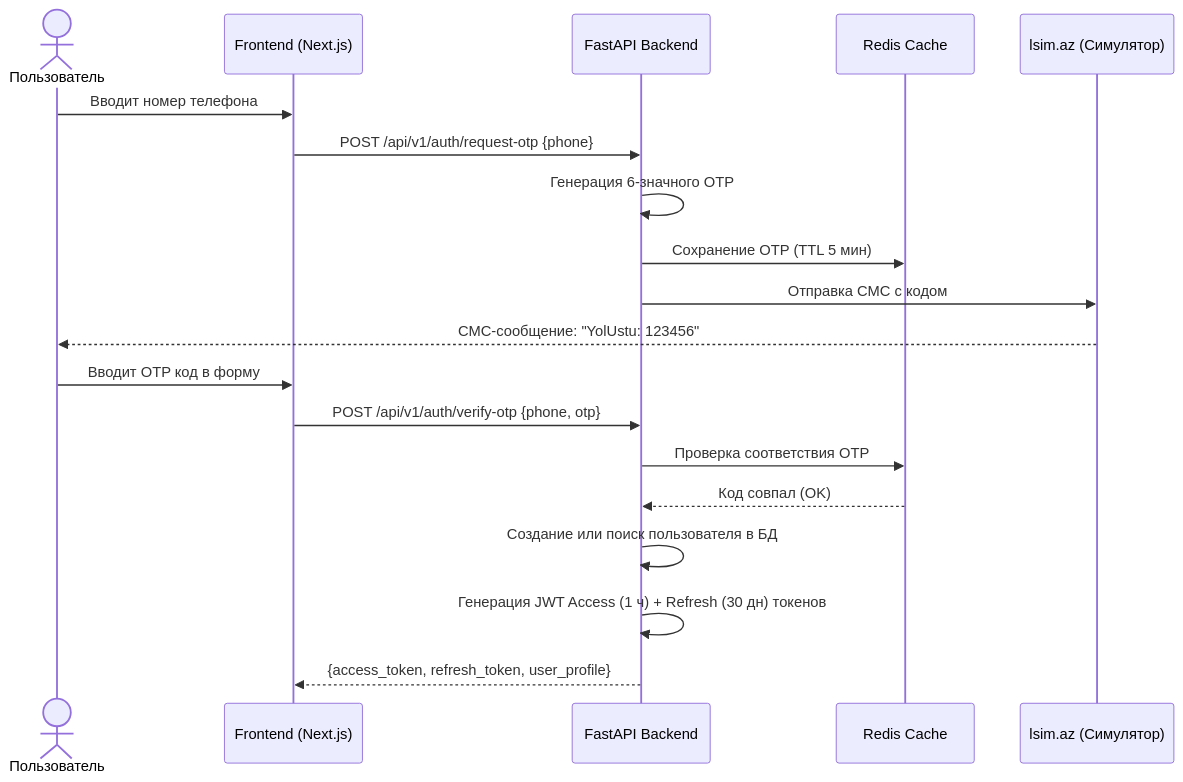
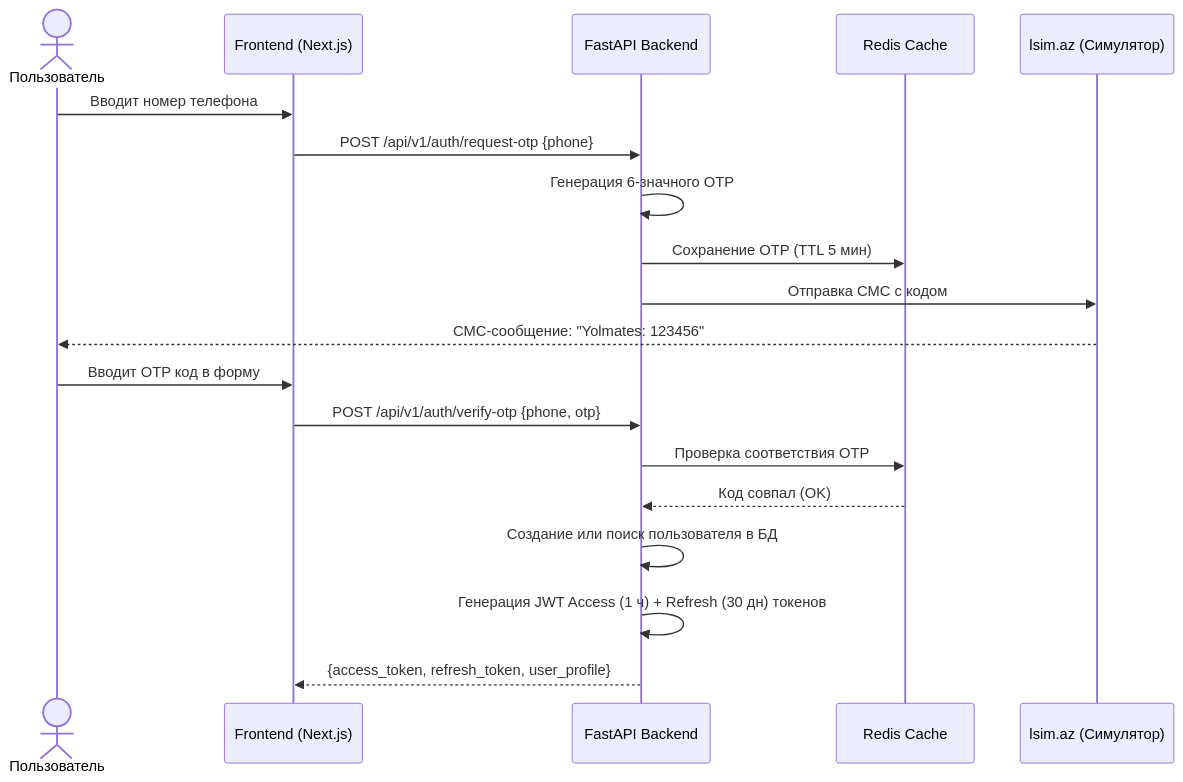
The first of 4 diagrams in yolustu_architecture.md (JosephIsrafilov/yolustu), drawn with Mermaid before and after one commit. The commit also changed other lines of this file and 33 other files, not shown here.

````diff
--- a/yolustu_architecture.md
+++ b/yolustu_architecture.md
@@ -30,22 +30,22 @@
 ```mermaid
 sequenceDiagram
     actor P as Пользователь
     participant App as Frontend (Next.js)
     participant API as FastAPI Backend
     participant Redis as Redis Cache
     participant SMS as lsim.az (Симулятор)
 
     P->>App: Вводит номер телефона
     App->>API: POST /api/v1/auth/request-otp {phone}
     API->>API: Генерация 6-значного OTP
     API->>Redis: Сохранение OTP (TTL 5 мин)
     API->>SMS: Отправка СМС с кодом
-    SMS-->>P: СМС-сообщение: "YolUstu: 123456"
+    SMS-->>P: СМС-сообщение: "Yolmates: 123456"
     P->>App: Вводит OTP код в форму
     App->>API: POST /api/v1/auth/verify-otp {phone, otp}
     API->>Redis: Проверка соответствия OTP
     Redis-->>API: Код совпал (OK)
     API->>API: Создание или поиск пользователя в БД
     API->>API: Генерация JWT Access (1 ч) + Refresh (30 дн) токенов
     API-->>App: {access_token, refresh_token, user_profile}
 ```
````
